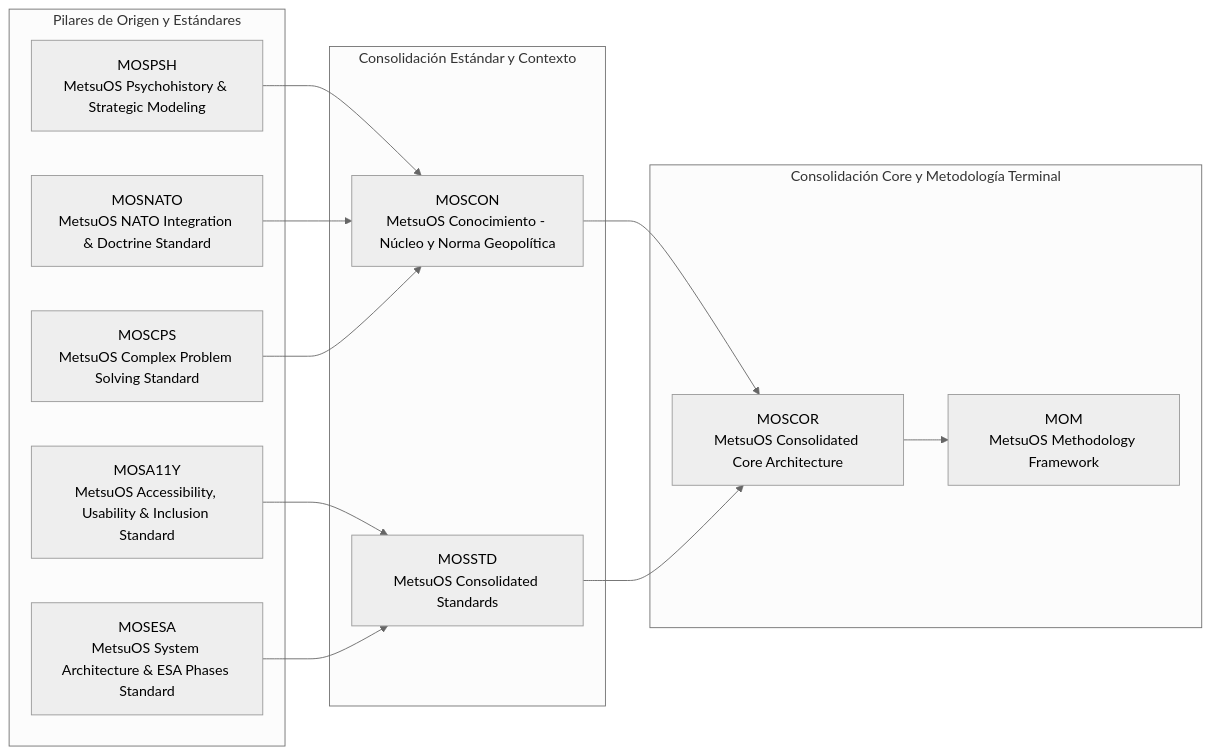
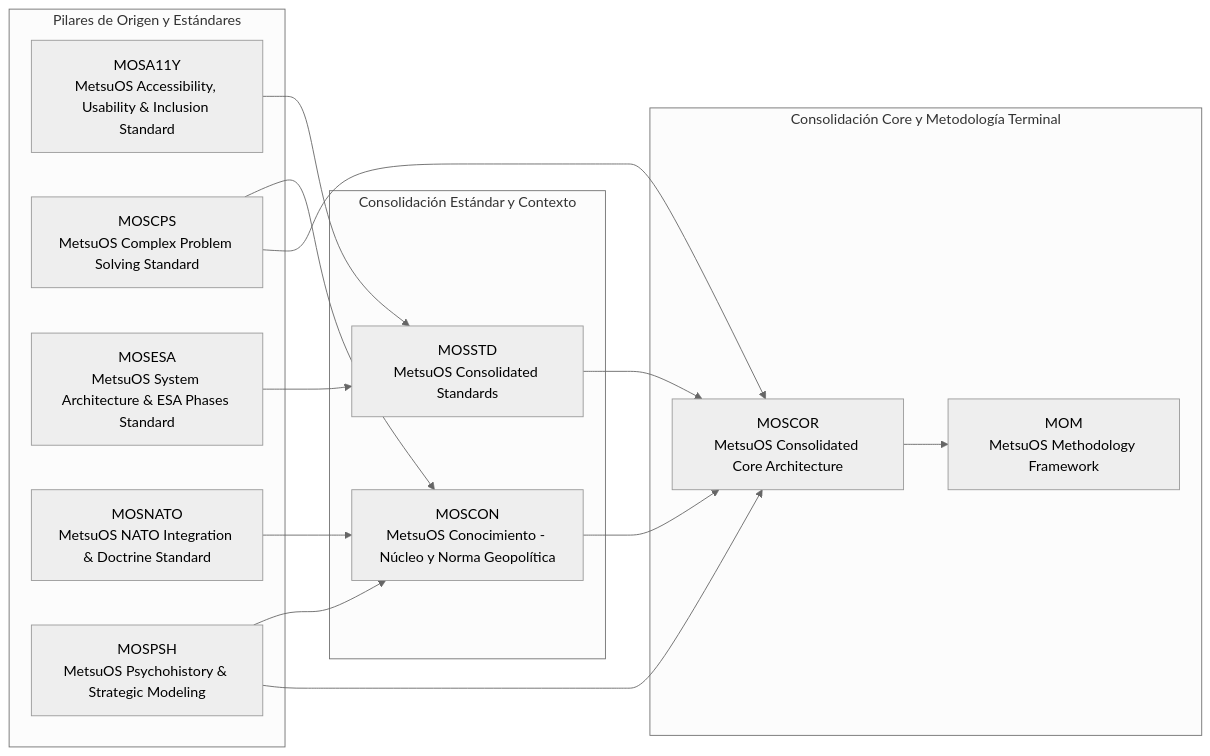
The diagram in README.md (metsuke/mom), drawn with Mermaid (neutral theme) before and after one commit. The commit also changed 23 other files, not shown here.

Commit message:
feat(projects): initialize base pillar architectures and vision philosophies

````diff
--- a/README.md
+++ b/README.md
@@ -88,29 +88,31 @@
 ```mermaid
 graph LR
     subgraph Capa_Origen [Pilares de Origen y Estándares]
         MOSA11Y["MOSA11Y<br/>MetsuOS Accessibility, Usability & Inclusion Standard"]
         MOSCPS["MOSCPS<br/>MetsuOS Complex Problem Solving Standard"]
         MOSESA["MOSESA<br/>MetsuOS System Architecture & ESA Phases Standard"]
         MOSNATO["MOSNATO<br/>MetsuOS NATO Integration & Doctrine Standard"]
         MOSPSH["MOSPSH<br/>MetsuOS Psychohistory & Strategic Modeling"]
     end
 
     subgraph Capa_Intermedia [Consolidación Estándar y Contexto]
         MOSCON["MOSCON<br/>MetsuOS Conocimiento - Núcleo y Norma Geopolítica"]
         MOSSTD["MOSSTD<br/>MetsuOS Consolidated Standards"]
     end
 
     subgraph Capa_Core [Consolidación Core y Metodología Terminal]
         MOSCOR["MOSCOR<br/>MetsuOS Consolidated Core Architecture"]
         MOM["MOM<br/>MetsuOS Methodology Framework"]
     end
 
     MOSCOR --> MOM
     MOSPSH --> MOSCON
     MOSNATO --> MOSCON
     MOSCPS --> MOSCON
     MOSCON --> MOSCOR
+    MOSCPS --> MOSCOR
+    MOSPSH --> MOSCOR
     MOSSTD --> MOSCOR
     MOSA11Y --> MOSSTD
     MOSESA --> MOSSTD
 ```
````
